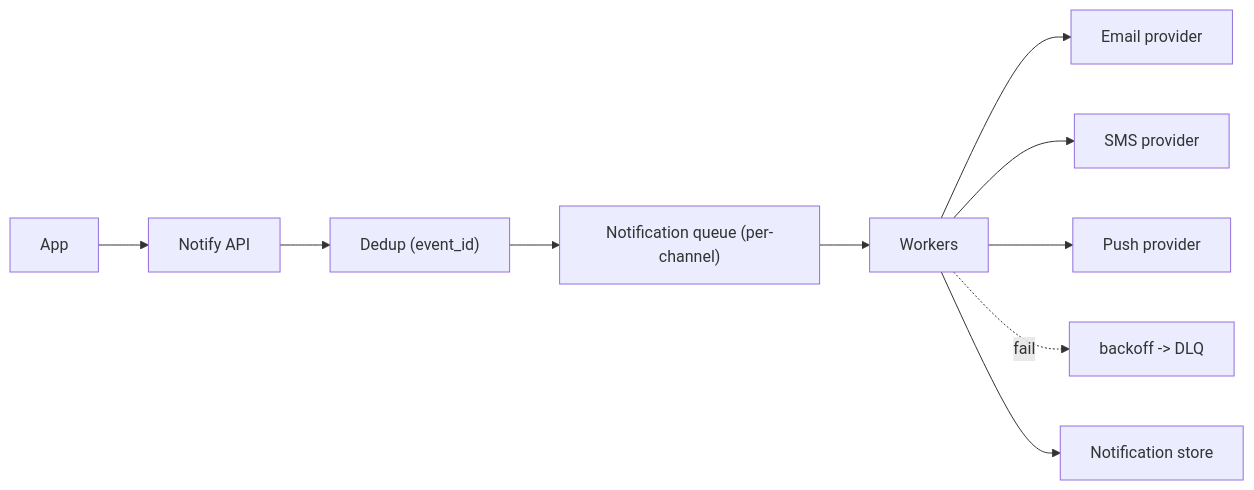
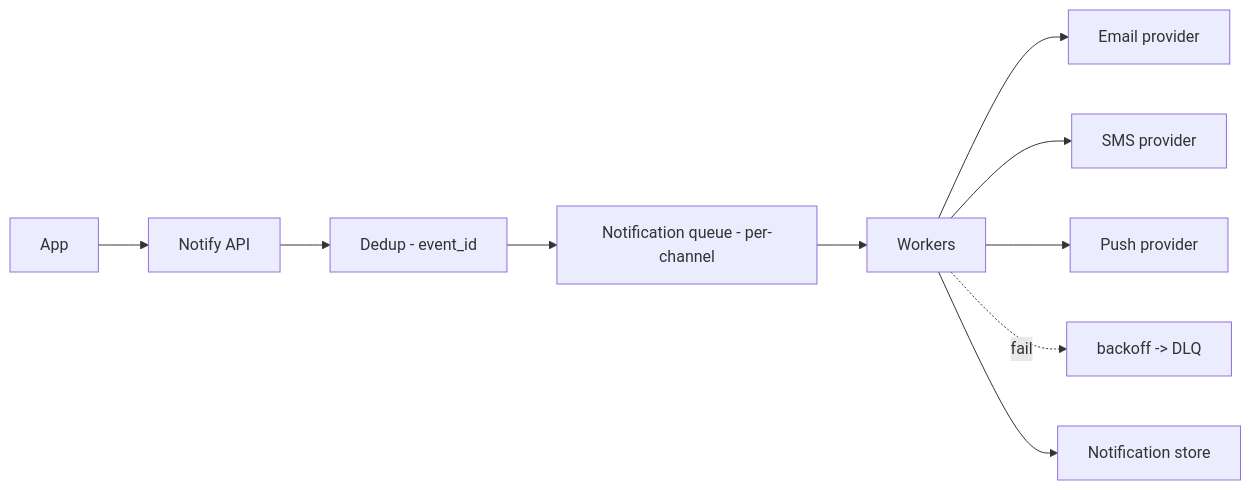
One commit to RIT-MESH/system-design-mastery changed the first of 4 diagrams in case-studies/beginner/notification-platform.md. Above: the diagram before and after it, drawn with Mermaid. The commit also changed 139 other files, not shown here.

First line of the commit message:
Fix Mermaid parse errors: replace parentheses in node labels across 140 files

````diff
--- a/case-studies/beginner/notification-platform.md
+++ b/case-studies/beginner/notification-platform.md
@@ -45,13 +45,13 @@
 ```mermaid
 %% created-for: system-design-mastery
 flowchart LR
   App --> API["Notify API"]
-  API --> Dedup["Dedup (event_id)"]
-  Dedup --> Q["Notification queue (per-channel)"]
+  API --> Dedup["Dedup - event_id"]
+  Dedup --> Q["Notification queue - per-channel"]
   Q --> W["Workers"]
   W --> Email["Email provider"]
   W --> SMS["SMS provider"]
   W --> Push["Push provider"]
   W -.fail.-> Retry["backoff -> DLQ"]
   W --> Store["Notification store"]
 ```
````
